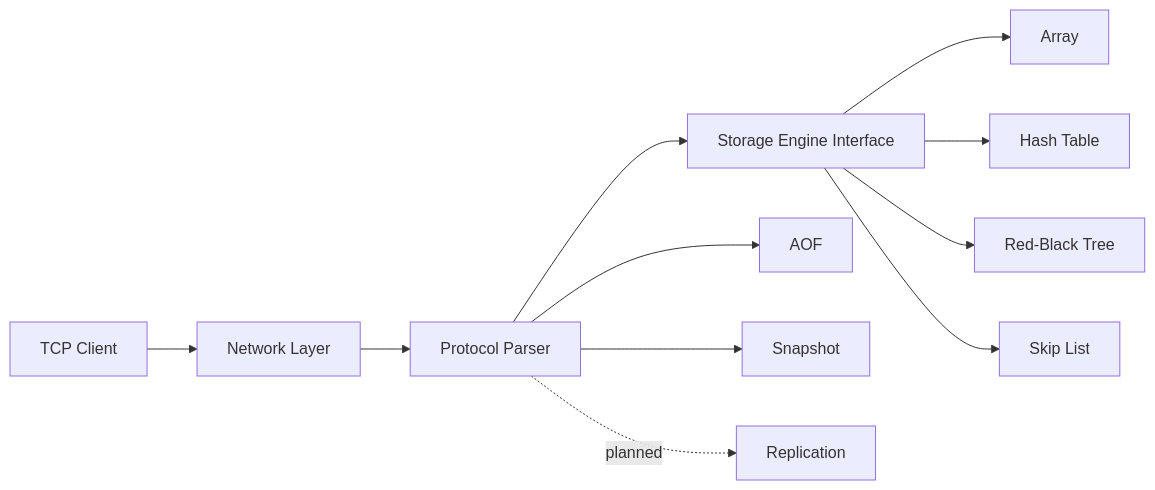
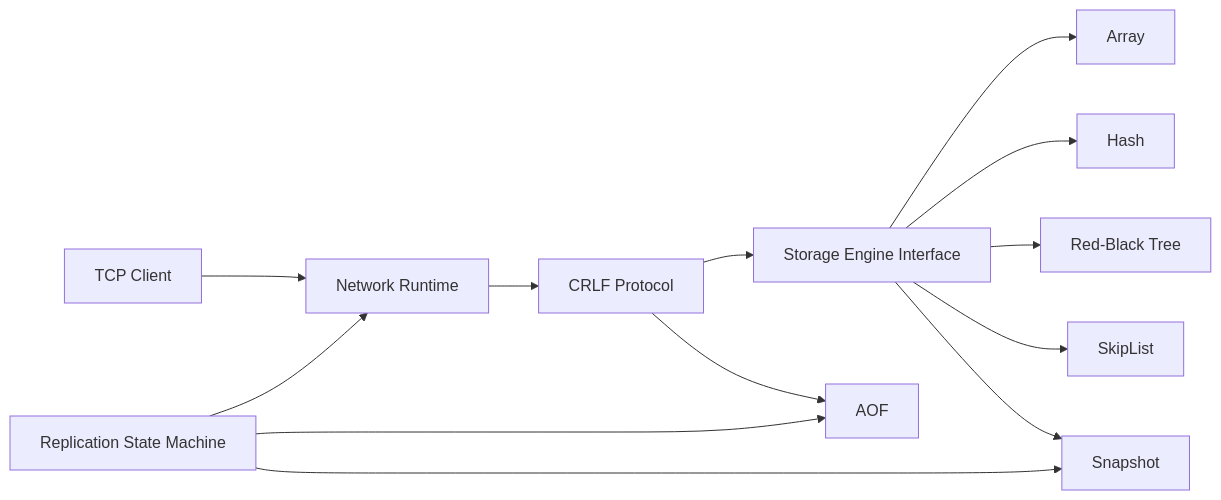
The diagram in README.md (JasperStonnne/91kvstore), drawn with Mermaid before and after one commit. The commit also changed other lines of this file, not shown here.

````diff
--- a/README.md
+++ b/README.md
@@ -55,13 +33,18 @@
 ```mermaid
 flowchart LR
-    C[TCP Client] --> N[Network Layer]
-    N --> P[Protocol Parser]
-    P --> E[Storage Engine Interface]
-    E --> A[Array]
-    E --> H[Hash Table]
-    E --> R[Red-Black Tree]
-    E --> S[Skip List]
-    P --> L[AOF]
-    P --> D[Snapshot]
-    P -. planned .-> Rep[Replication]
+    Client[TCP Client] --> Network[Network Runtime]
+    Network --> Protocol[CRLF Protocol]
+    Protocol --> Engine[Storage Engine Interface]
+
+    Engine --> Array
+    Engine --> Hash
+    Engine --> RBTree[Red-Black Tree]
+    Engine --> SkipList
+
+    Protocol --> AOF
+    Engine --> Snapshot
+
+    Replication[Replication State Machine] --> Network
+    Replication --> AOF
+    Replication --> Snapshot
 ```
````
